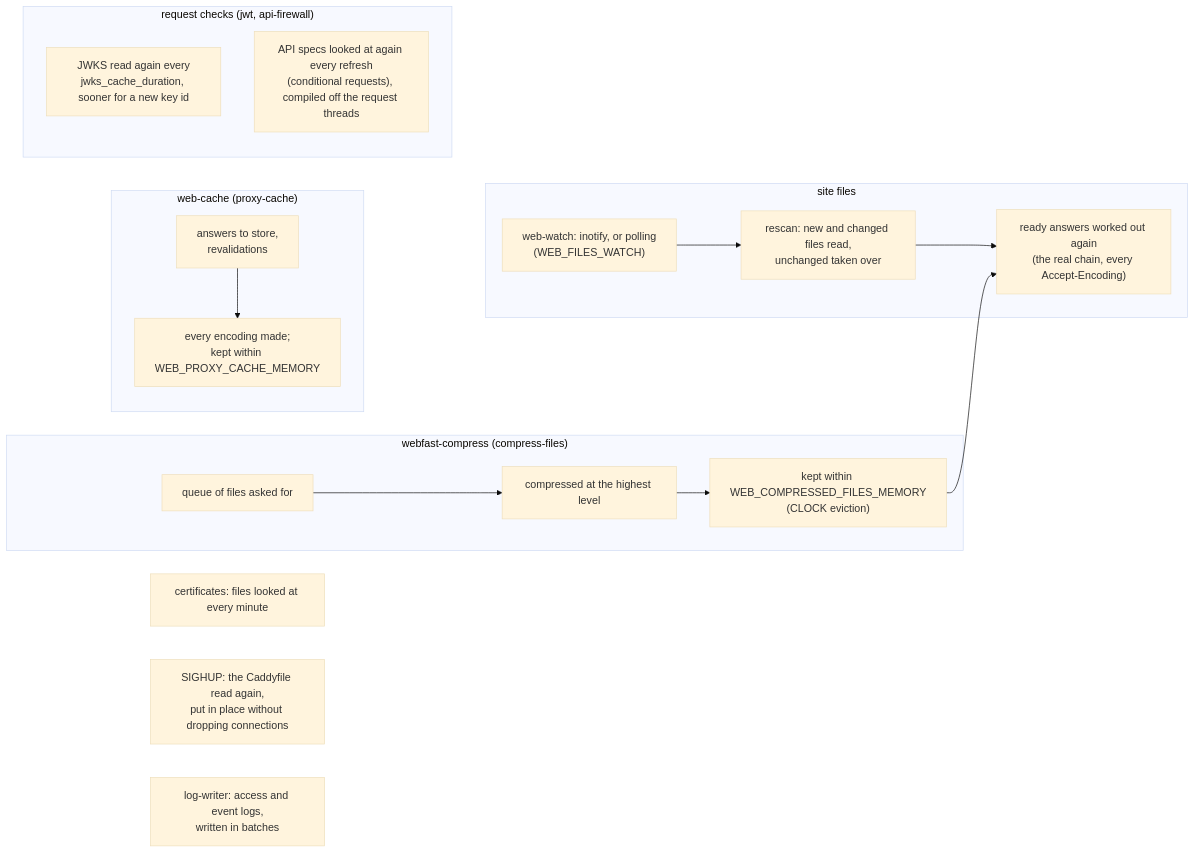
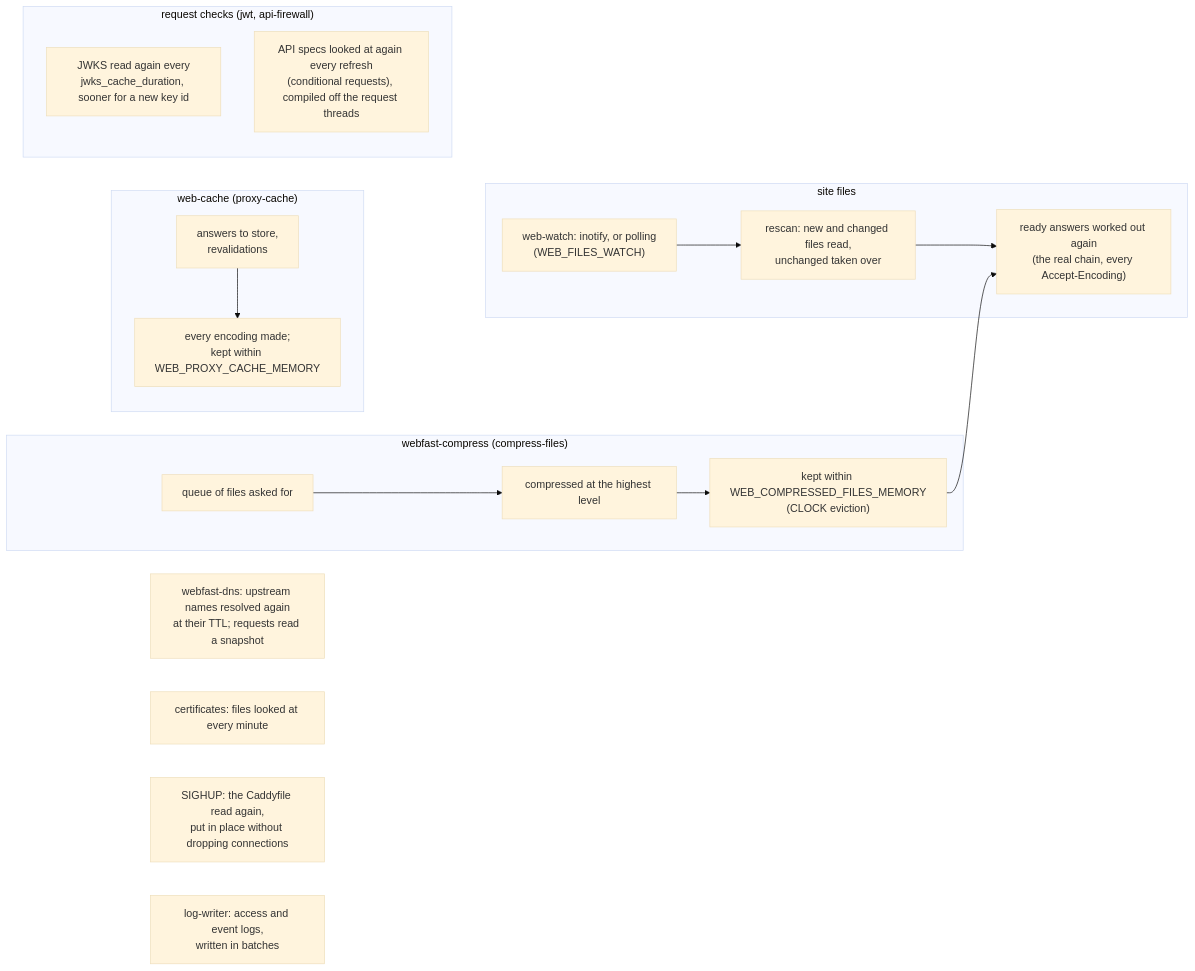
Before and after one commit to ops-pro/webfast: the sixth of 6 diagrams in docs/overview.md, drawn with Mermaid (base theme). The commit also changed other lines of this file and 14 other files, not shown here.

````diff
--- a/docs/overview.md
+++ b/docs/overview.md
@@ -158,22 +158,23 @@
 ```mermaid
 flowchart LR
     subgraph files ["site files"]
         watch["web-watch: inotify, or polling<br/>(WEB_FILES_WATCH)"] --> rescan["rescan: new and changed files read,<br/>unchanged taken over"]
         rescan --> answers["ready answers worked out again<br/>(the real chain, every Accept-Encoding)"]
     end
     subgraph variants ["webfast-compress (compress-files)"]
         queue["queue of files asked for"] --> best["compressed at the highest level"]
         best --> store["kept within WEB_COMPRESSED_FILES_MEMORY<br/>(CLOCK eviction)"]
         store --> answers
     end
     subgraph cache ["web-cache (proxy-cache)"]
         cq["answers to store,<br/>revalidations"] --> cstore["every encoding made;<br/>kept within WEB_PROXY_CACHE_MEMORY"]
     end
     subgraph checks ["request checks (jwt, api-firewall)"]
         jwks["JWKS read again every<br/>jwks_cache_duration, sooner for a new key id"]
         spec["API specs looked at again every refresh<br/>(conditional requests), compiled off the request threads"]
     end
+    dns["webfast-dns: upstream names resolved again<br/>at their TTL; requests read a snapshot"]
     certs["certificates: files looked at every minute"]
     reload["SIGHUP: the Caddyfile read again,<br/>put in place without dropping connections"]
     logs["log-writer: access and event logs,<br/>written in batches"]
 ```
````
